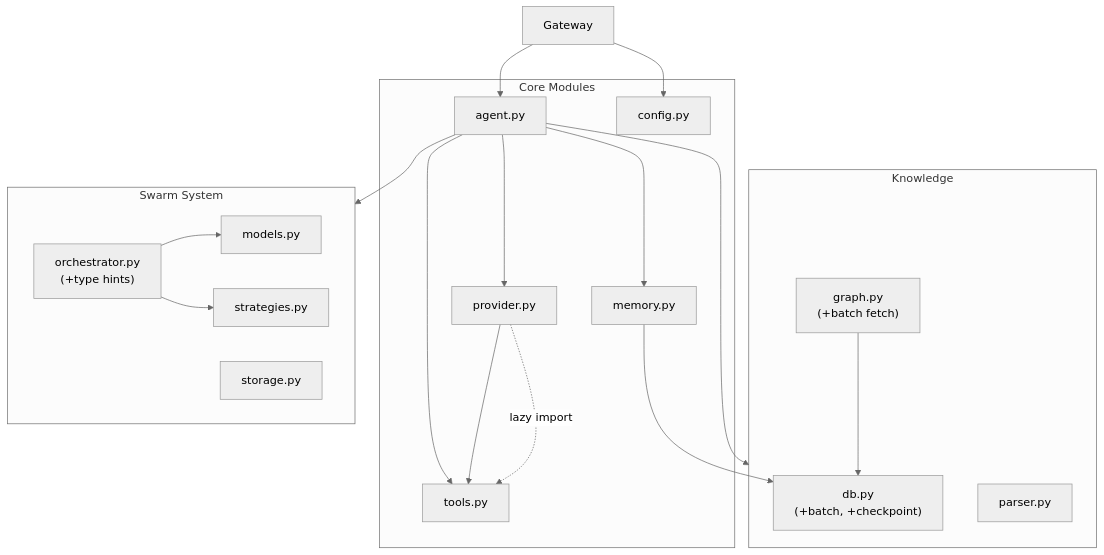
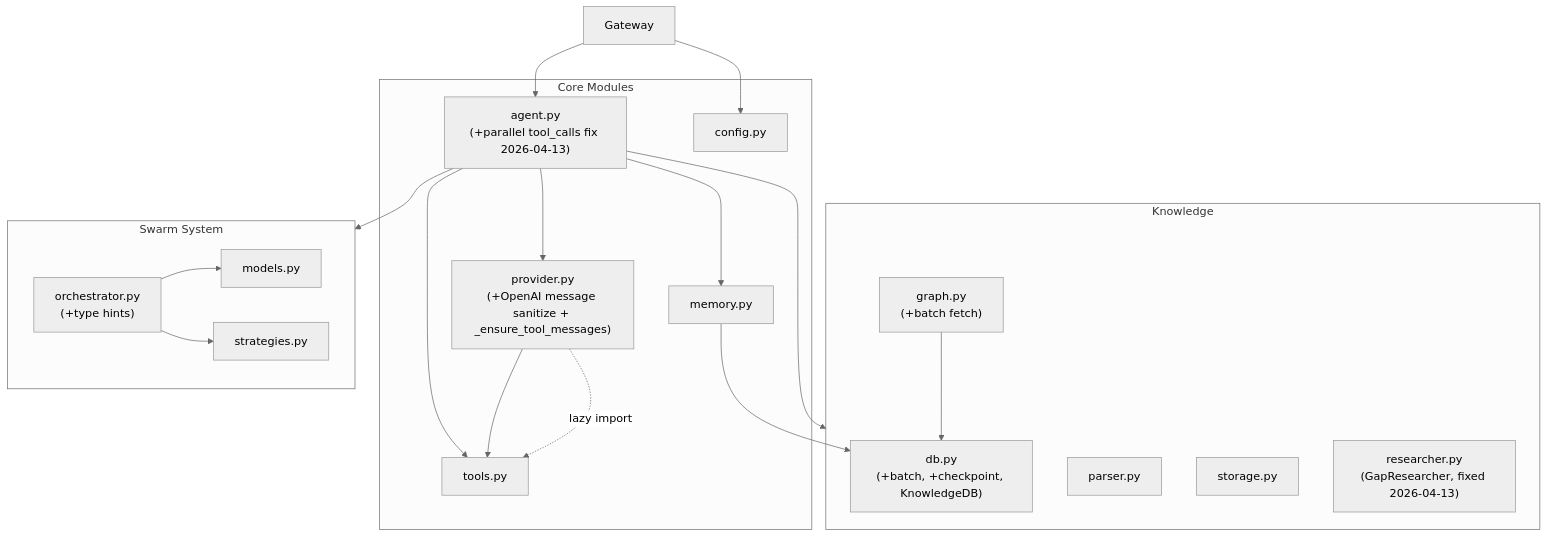
The eighth of 8 diagrams in docs/architecture_with_optimizations.md (adrianx26/zensynora), drawn with Mermaid (neutral theme) before and after one commit. The commit also changed other lines of this file and 10 other files, not shown here.

````diff
--- a/docs/architecture_with_optimizations.md
+++ b/docs/architecture_with_optimizations.md
@@ -381,41 +381,43 @@
 ```mermaid
 flowchart TD
     subgraph Core["Core Modules"]
-        Agent["agent.py"]
+        Agent["agent.py<br/>(+parallel tool_calls fix 2026-04-13)"]
         Memory["memory.py"]
-        Provider["provider.py"]
+        Provider["provider.py<br/>(+OpenAI message sanitize + _ensure_tool_messages)"]
         Tools["tools.py"]
         Config["config.py"]
     end
 
     subgraph Knowledge["Knowledge"]
-        DB["db.py<br/>(+batch, +checkpoint)"]
+        DB["db.py<br/>(+batch, +checkpoint, KnowledgeDB)"]
         Graph["graph.py<br/>(+batch fetch)"]
         Parser["parser.py"]
+        Storage["storage.py<br/>(write_note, read_note)"]
+        Researcher["researcher.py<br/>(GapResearcher, fixed 2026-04-13)"]
     end
 
     subgraph Swarm["Swarm System"]
         Orchestrator["orchestrator.py<br/>(+type hints)"]
         Models["models.py"]
         Strategies["strategies.py"]
         Storage["storage.py"]
     end
 
     Agent --> Memory
     Agent --> Provider
     Agent --> Tools
     Agent --> Knowledge
 
     Provider --> Tools
     Provider -.->|"lazy import"| Tools
 
     Memory --> DB
     Graph --> DB
 
     Agent --> Swarm
     Orchestrator --> Models
     Orchestrator --> Strategies
 
     Gateway --> Agent
     Gateway --> Config
 ```
````
